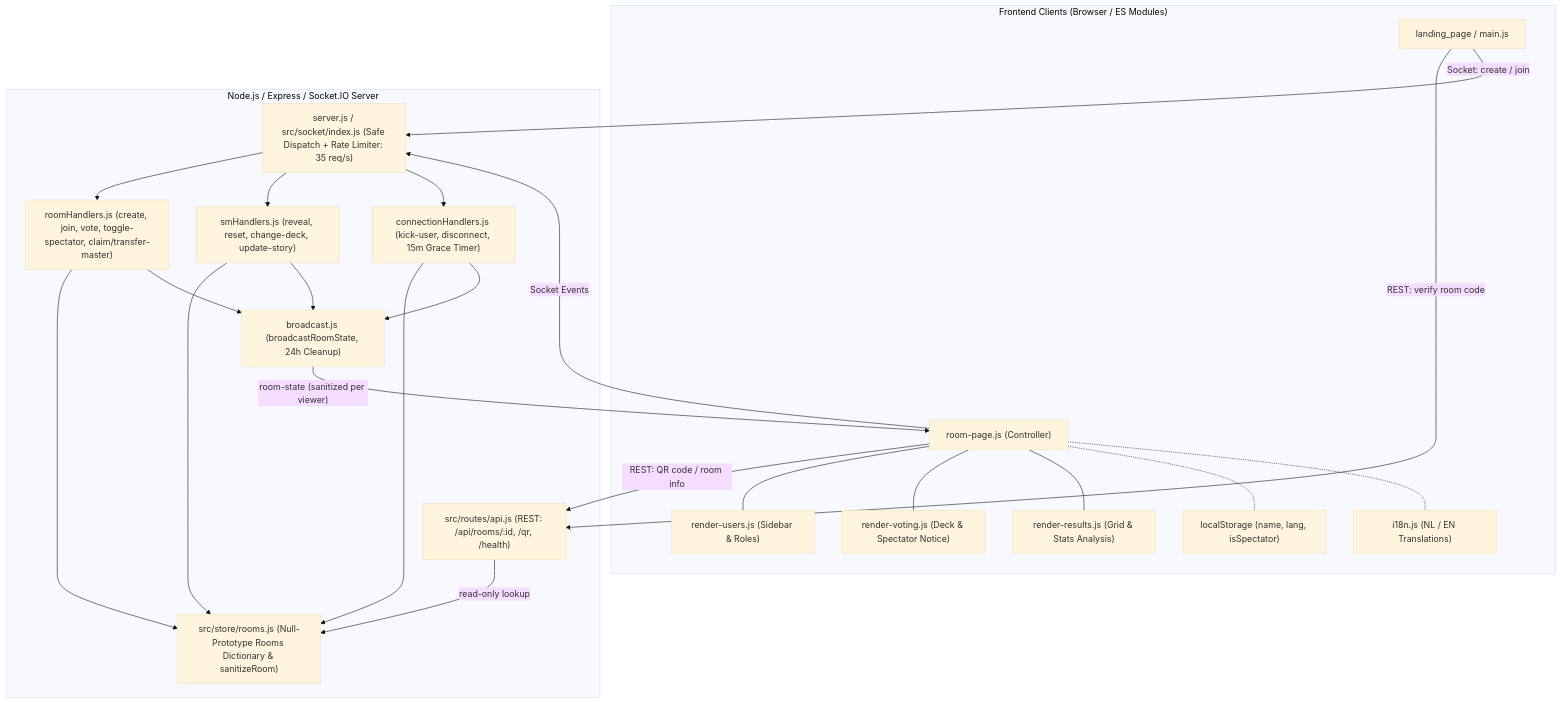
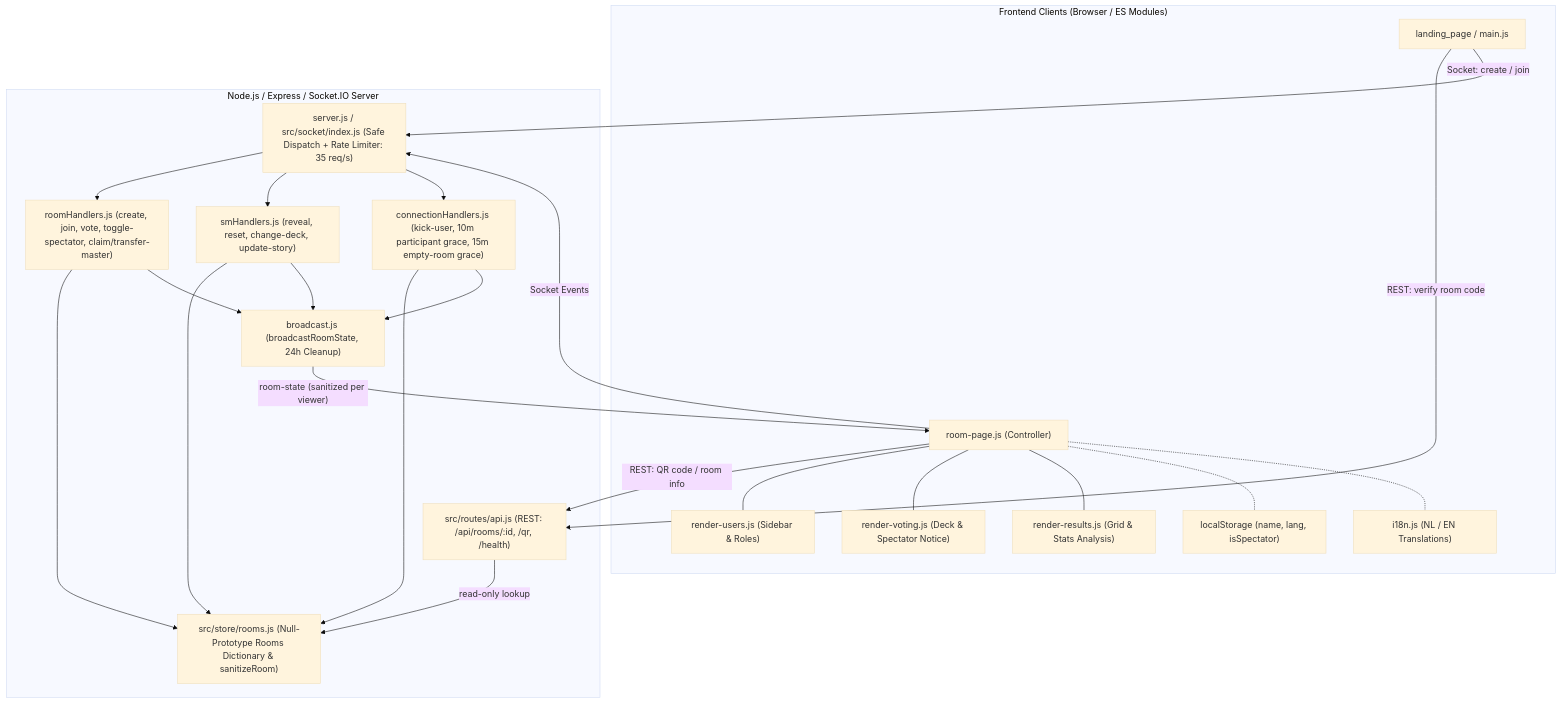
The diagram in docs/wiki/index.md (Stuxles/scrum-tools), drawn with Mermaid (base theme) before and after one commit. The commit also changed 13 other files, not shown here.

````diff
--- a/docs/wiki/index.md
+++ b/docs/wiki/index.md
@@ -24,35 +24,35 @@
 ```mermaid
 graph TD
     subgraph Clients["Frontend Clients (Browser / ES Modules)"]
         Landing["landing_page / main.js"]
         RoomUI["room-page.js (Controller)"]
         RenderUsers["render-users.js (Sidebar & Roles)"]
         RenderVoting["render-voting.js (Deck & Spectator Notice)"]
         RenderResults["render-results.js (Grid & Stats Analysis)"]
         I18n["i18n.js (NL / EN Translations)"]
         LocalStore["localStorage (name, lang, isSpectator)"]
     end
 
     subgraph Backend["Node.js / Express / Socket.IO Server"]
         RestApi["src/routes/api.js (REST: /api/rooms/:id, /qr, /health)"]
         ServerEntry["server.js / src/socket/index.js (Safe Dispatch + Rate Limiter: 35 req/s)"]
         RoomHandlers["roomHandlers.js (create, join, vote, toggle-spectator, claim/transfer-master)"]
         SMHandlers["smHandlers.js (reveal, reset, change-deck, update-story)"]
-        ConnHandlers["connectionHandlers.js (kick-user, disconnect, 15m Grace Timer)"]
+        ConnHandlers["connectionHandlers.js (kick-user, 10m participant grace, 15m empty-room grace)"]
         Broadcast["broadcast.js (broadcastRoomState, 24h Cleanup)"]
         RoomsStore["src/store/rooms.js (Null-Prototype Rooms Dictionary & sanitizeRoom)"]
     end
 
     Landing -->|"REST: verify room code"| RestApi
     Landing -->|"Socket: create / join"| ServerEntry
     RoomUI -->|"REST: QR code / room info"| RestApi
     RoomUI -->|"Socket Events"| ServerEntry
     RoomUI --- RenderUsers & RenderVoting & RenderResults
     RoomUI -.- LocalStore & I18n
 
     RestApi -->|"read-only lookup"| RoomsStore
     ServerEntry --> RoomHandlers & SMHandlers & ConnHandlers
     RoomHandlers & SMHandlers & ConnHandlers --> RoomsStore
     RoomHandlers & SMHandlers & ConnHandlers --> Broadcast
     Broadcast -->|"room-state (sanitized per viewer)"| RoomUI
 ```
````
